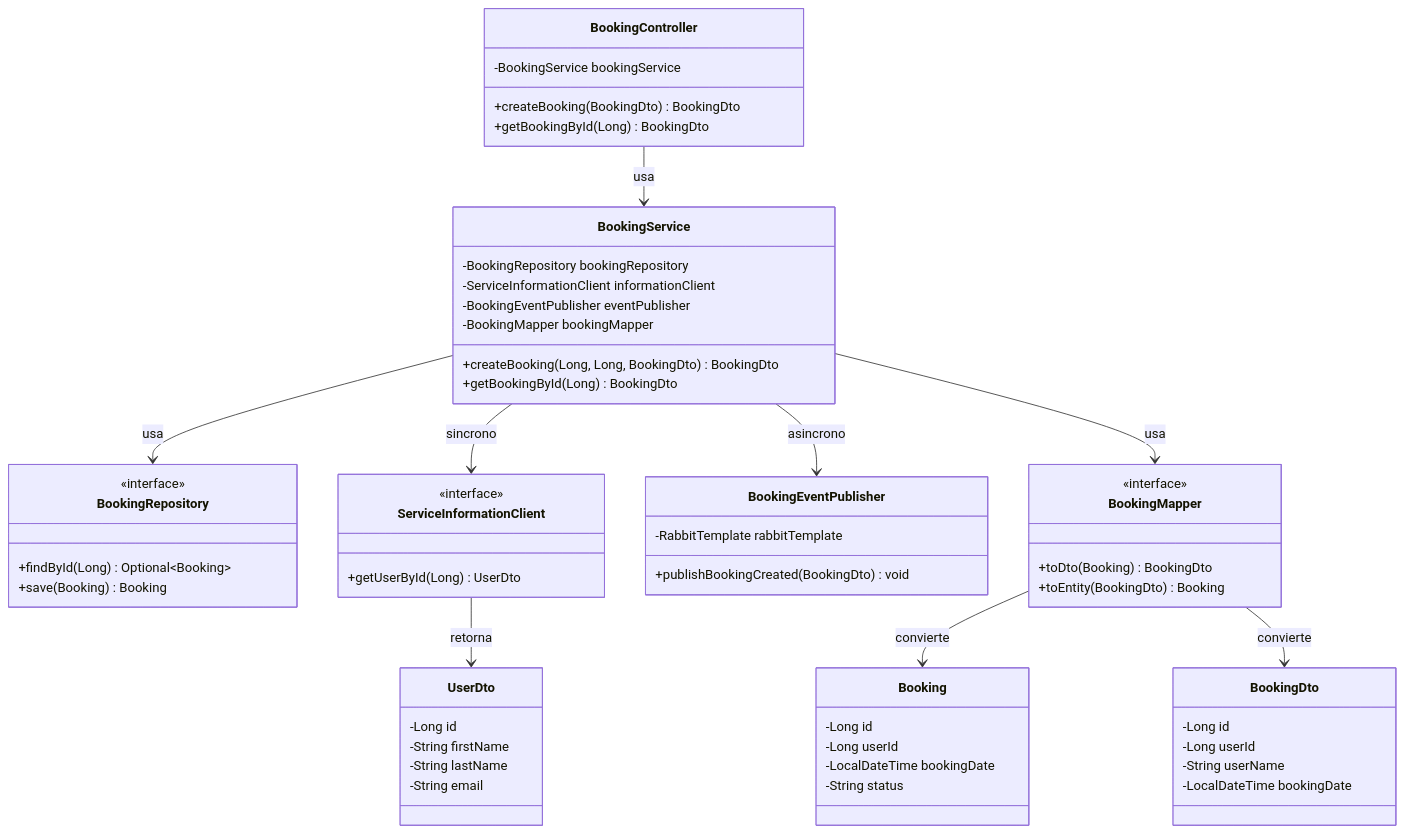
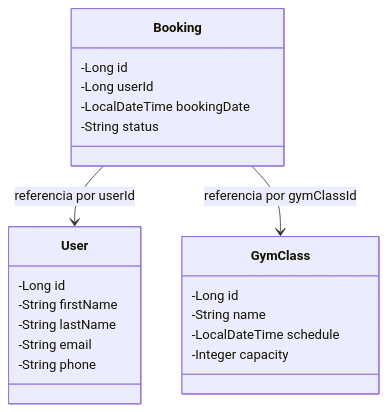
One commit to arielhurtado/springbootexamples changed the first of 12 diagrams in BokingGymNewVersion/architecture.md. Above: the diagram before and after it, drawn with Mermaid. The commit also changed other lines of this file, not shown here.

````diff
--- a/BokingGymNewVersion/architecture.md
+++ b/BokingGymNewVersion/architecture.md
@@ -185,69 +46,27 @@
 ```mermaid
 classDiagram
-    class BookingController {
-        -BookingService bookingService
-        +createBooking(BookingDto) BookingDto
-        +getBookingById(Long) BookingDto
-    }
-
-    class BookingService {
-        -BookingRepository bookingRepository
-        -ServiceInformationClient informationClient
-        -BookingEventPublisher eventPublisher
-        -BookingMapper bookingMapper
-        +createBooking(Long, Long, BookingDto) BookingDto
-        +getBookingById(Long) BookingDto
-    }
-
-    class BookingRepository {
-        <<interface>>
-        +findById(Long) Optional~Booking~
-        +save(Booking) Booking
-    }
-
-    class ServiceInformationClient {
-        <<interface>>
-        +getUserById(Long) UserDto
-    }
-
-    class BookingEventPublisher {
-        -RabbitTemplate rabbitTemplate
-        +publishBookingCreated(BookingDto) void
-    }
-
-    class BookingMapper {
-        <<interface>>
-        +toDto(Booking) BookingDto
-        +toEntity(BookingDto) Booking
+    class User {
+        -Long id
+        -String firstName
+        -String lastName
+        -String email
+        -String phone
     }
 
     class Booking {
         -Long id
         -Long userId
         -LocalDateTime bookingDate
         -String status
     }
 
-    class BookingDto {
+    class GymClass {
         -Long id
-        -Long userId
-        -String userName
-        -LocalDateTime bookingDate
+        -String name
+        -LocalDateTime schedule
+        -Integer capacity
     }
 
-    class UserDto {
-        -Long id
-        -String firstName
-        -String lastName
-        -String email
-    }
-
-    BookingController --> BookingService : usa
-    BookingService --> BookingRepository : usa
-    BookingService --> ServiceInformationClient : sincrono
-    BookingService --> BookingEventPublisher : asincrono
-    BookingService --> BookingMapper : usa
-    BookingMapper --> Booking : convierte
-    BookingMapper --> BookingDto : convierte
-    ServiceInformationClient --> UserDto : retorna
+    Booking --> User : referencia por userId
+    Booking --> GymClass : referencia por gymClassId
 ```
````
